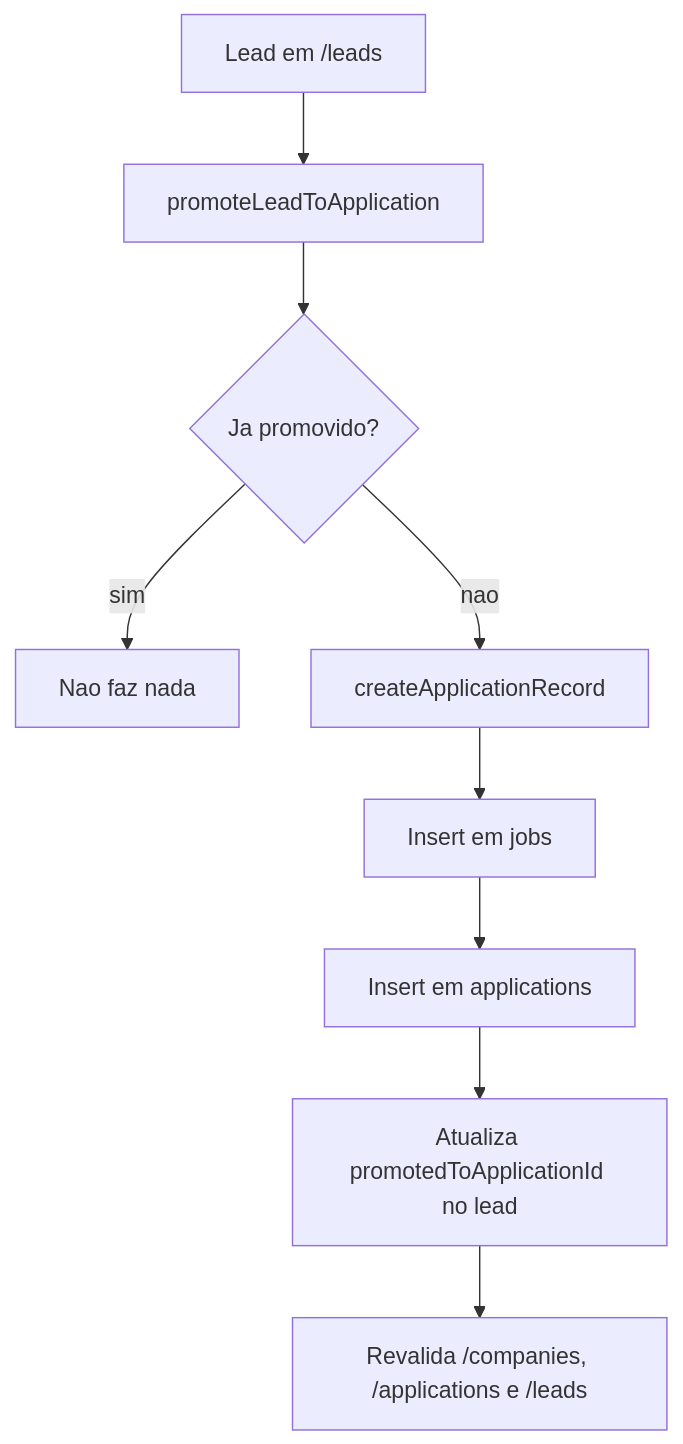
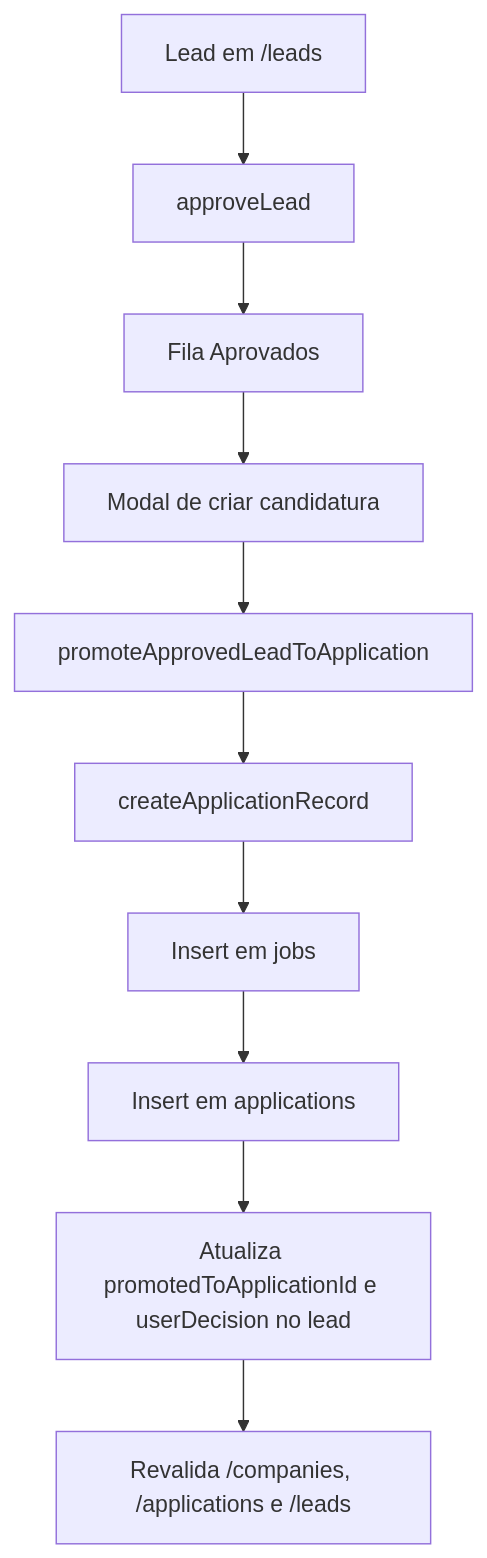
One commit to Gabriel-Fachini/job-tracker changed the fifth of 5 diagrams in docs/radar-manual-de-vagas-implementacao.md. Above: the diagram before and after it, drawn with Mermaid. The commit also changed other lines of this file and 13 other files, not shown here.

````diff
--- a/docs/radar-manual-de-vagas-implementacao.md
+++ b/docs/radar-manual-de-vagas-implementacao.md
@@ -361,11 +365,12 @@
 ```mermaid
 flowchart TD
-    A["Lead em /leads"] --> B["promoteLeadToApplication"]
-    B --> C{"Ja promovido?"}
-    C -- "sim" --> D["Nao faz nada"]
-    C -- "nao" --> E["createApplicationRecord"]
-    E --> F["Insert em jobs"]
-    F --> G["Insert em applications"]
-    G --> H["Atualiza promotedToApplicationId no lead"]
-    H --> I["Revalida /companies, /applications e /leads"]
+    A["Lead em /leads"] --> B["approveLead"]
+    B --> C["Fila Aprovados"]
+    C --> D["Modal de criar candidatura"]
+    D --> E["promoteApprovedLeadToApplication"]
+    E --> F["createApplicationRecord"]
+    F --> G["Insert em jobs"]
+    G --> H["Insert em applications"]
+    H --> I["Atualiza promotedToApplicationId e userDecision no lead"]
+    I --> J["Revalida /companies, /applications e /leads"]
 ```
````
